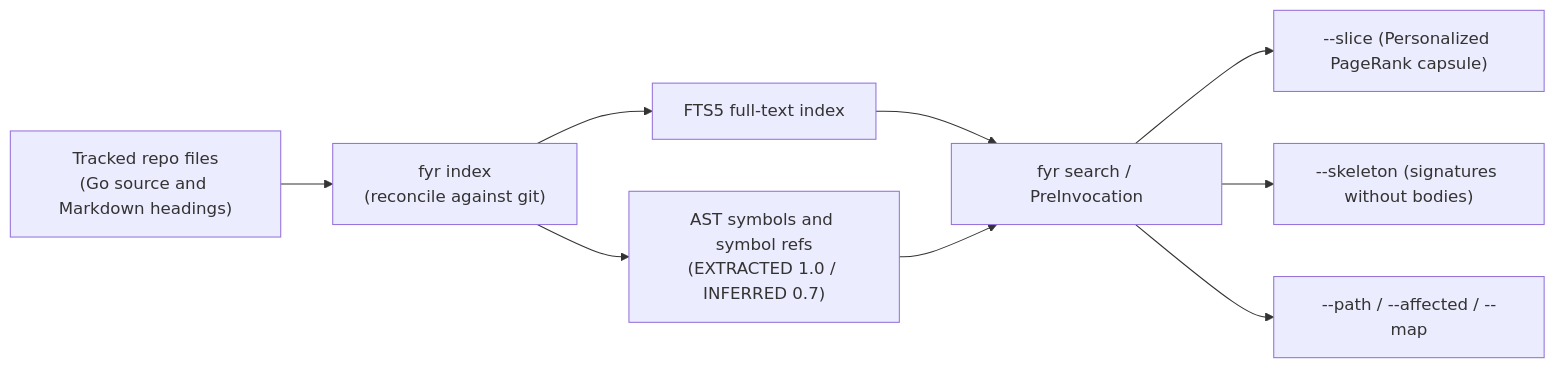
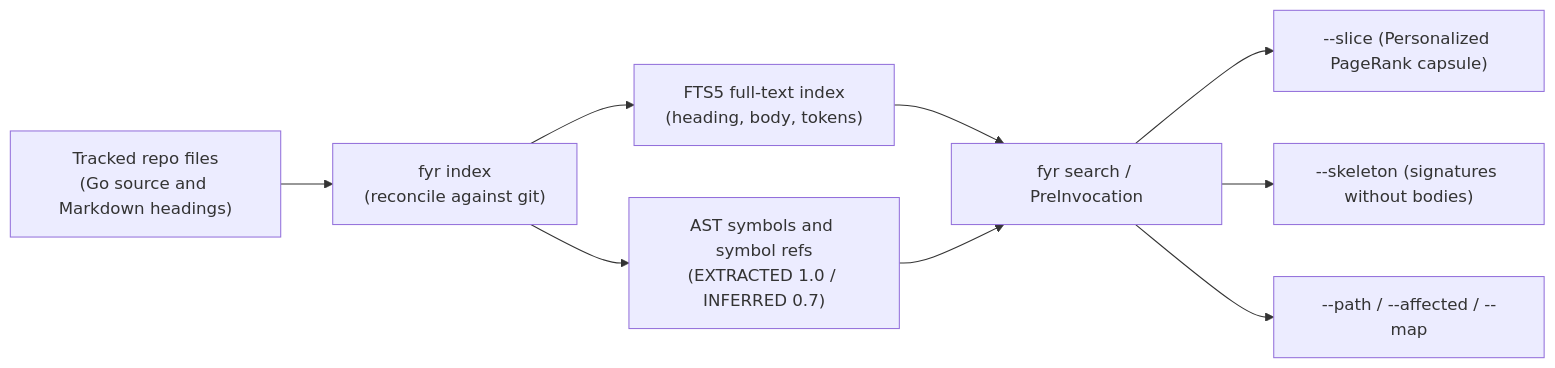
Before and after one commit to kesokaj/fyr: the second of 6 diagrams in features/hooks-and-ast-graph.md, drawn with Mermaid. The commit also changed other lines of this file and 11 other files, not shown here.

````diff
--- a/features/hooks-and-ast-graph.md
+++ b/features/hooks-and-ast-graph.md
@@ -38,11 +38,11 @@
 ```mermaid
 flowchart LR
     repoFiles["Tracked repo files\n(Go source and Markdown headings)"] --> indexer["fyr index\n(reconcile against git)"]
-    indexer --> ftsIndex["FTS5 full-text index"]
+    indexer --> ftsIndex["FTS5 full-text index\n(heading, body, tokens)"]
     indexer --> astGraph["AST symbols and symbol refs\n(EXTRACTED 1.0 / INFERRED 0.7)"]
     ftsIndex --> queryEngine["fyr search / PreInvocation"]
     astGraph --> queryEngine
     queryEngine --> sliceOut["--slice (Personalized PageRank capsule)"]
     queryEngine --> skelOut["--skeleton (signatures without bodies)"]
     queryEngine --> pathOut["--path / --affected / --map"]
 ```
````
